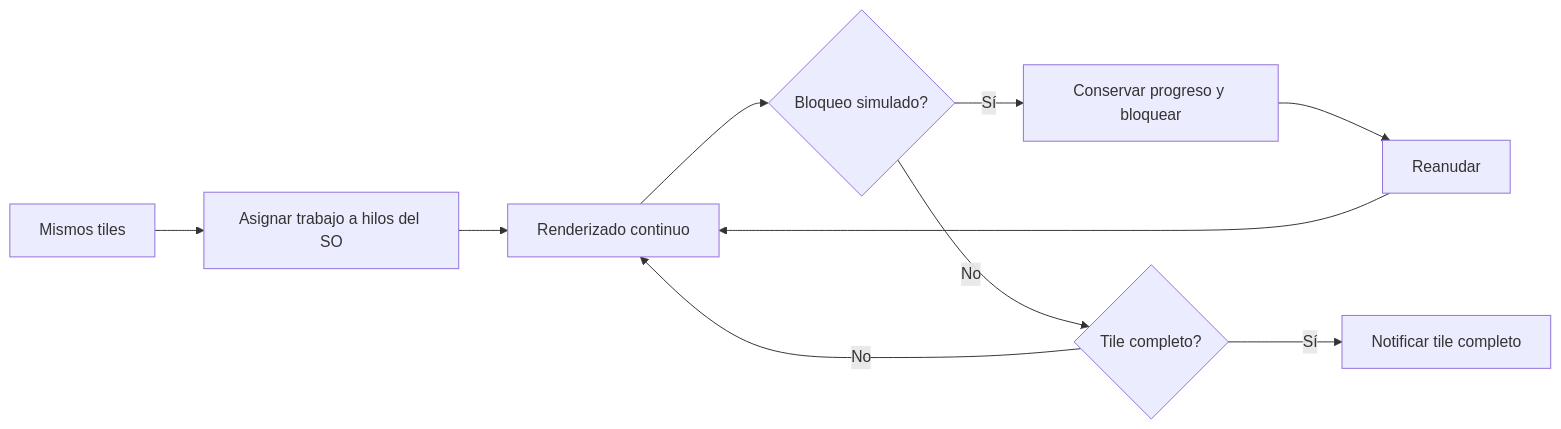
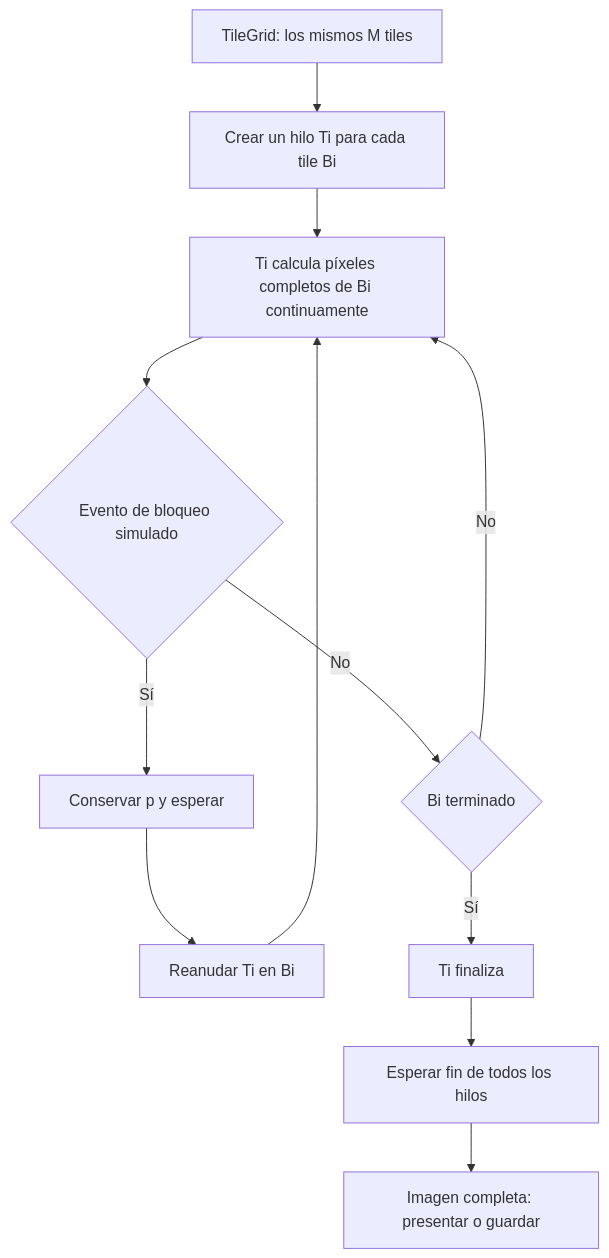
The third of 3 diagrams in ray tracing/docs/diseno.md (Fabbbri/fgonzalez_a2_2026_s2), drawn with Mermaid before and after one commit. The commit also changed other lines of this file and 1 other file, not shown here.

Commit message:
docs: add new documentation and diagrams

````diff
--- a/ray tracing/docs/diseno.md
+++ b/ray tracing/docs/diseno.md
@@ -53,12 +102,14 @@
 ```mermaid
-flowchart LR
-    A[Mismos tiles] --> B[Asignar trabajo a hilos del SO]
-    B --> C[Renderizado continuo]
-    C --> D{Bloqueo simulado?}
-    D -- Sí --> E[Conservar progreso y bloquear]
-    E --> F[Reanudar]
+flowchart TD
+    A[TileGrid: los mismos M tiles] --> B[Crear un hilo Ti para cada tile Bi]
+    B --> C[Ti calcula píxeles completos de Bi continuamente]
+    C --> D{Evento de bloqueo simulado}
+    D -- Sí --> E[Conservar p y esperar]
+    E --> F[Reanudar Ti en Bi]
     F --> C
-    D -- No --> G{Tile completo?}
+    D -- No --> G{Bi terminado}
     G -- No --> C
-    G -- Sí --> H[Notificar tile completo]
+    G -- Sí --> H[Ti finaliza]
+    H --> I[Esperar fin de todos los hilos]
+    I --> J[Imagen completa: presentar o guardar]
 ```
````
